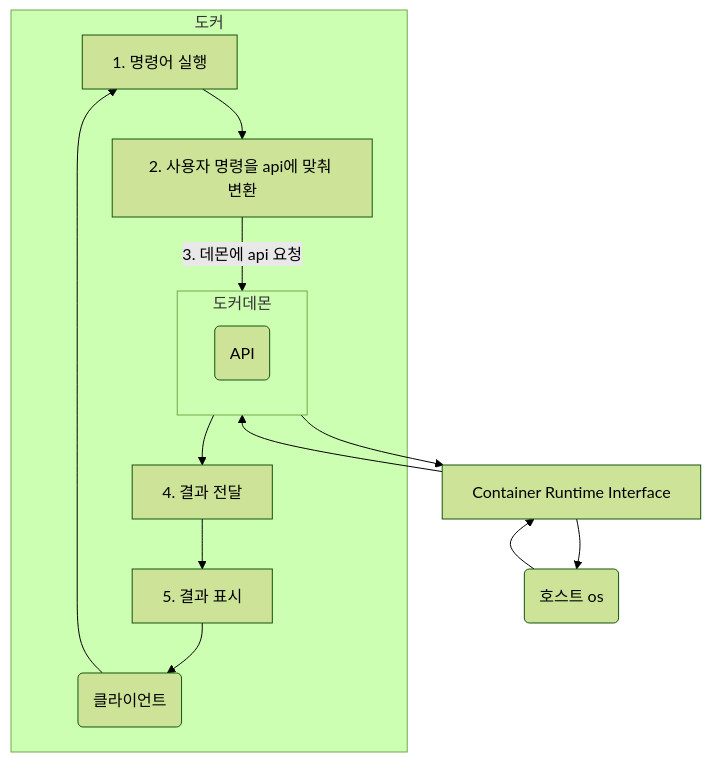
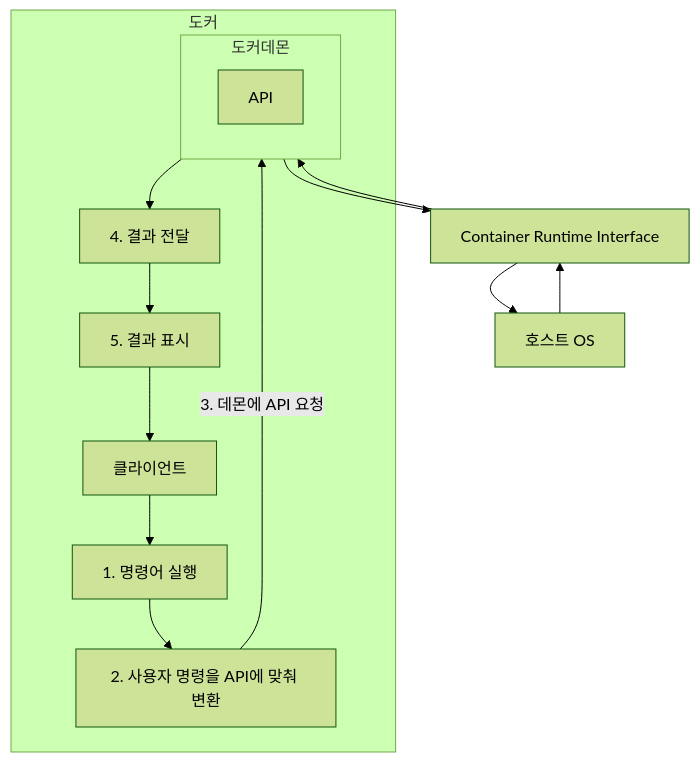
Before and after one commit to kimregular/DAILY_STUDY: the second of 2 diagrams in docker/04. 도커.md, drawn with Mermaid (forest theme). The commit also changed other lines of this file, not shown here.

Commit message:
obsidian backup: 2024-08-15 20:23:41

````diff
--- a/docker/04. 도커.md
+++ b/docker/04. 도커.md
@@ -18,28 +18,27 @@
 ```mermaid
 flowchart TB
 subgraph "도커"
-	c("클라이언트")
-	1[1. 명령어 실행]
-	2[2. 사용자 명령을 api에 맞춰 변환]
-	4[4. 결과 전달]
-	5[5. 결과 표시]
-	
-	subgraph "도커데몬"
-		a("API")
-	end
+    c["클라이언트"]
+    step1[1. 명령어 실행]
+    step2[2. 사용자 명령을 API에 맞춰 변환]
+    step4[4. 결과 전달]
+    step5[5. 결과 표시]
+
+    subgraph "도커데몬"
+        a["API"]
+    end
 end
 
-h("호스트 os")
+h["호스트 OS"]
 
-c --> 1
-1 --> 2
-2 --> |3. 데몬에 api 요청| 도커데몬
-도커데몬 --> z[Container Runtime Interface]
+c --> step1
+step1 --> step2
+step2 --> |"3. 데몬에 API 요청"| 도커데몬
+도커데몬 --> z["Container Runtime Interface"]
 z --> h
 h --> z
 z --> 도커데몬
-도커데몬 --> 4
-4 --> 5
-5 --> c
-
+도커데몬 --> step4
+step4 --> step5
+step5 --> c
 ```
````
